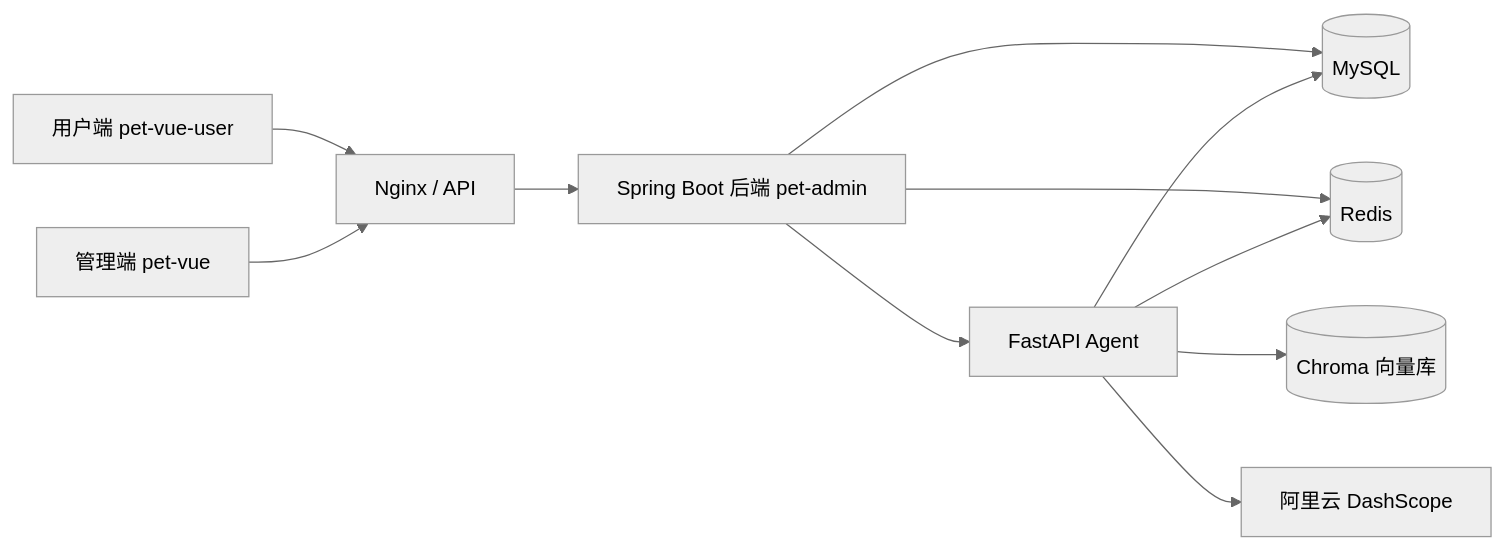
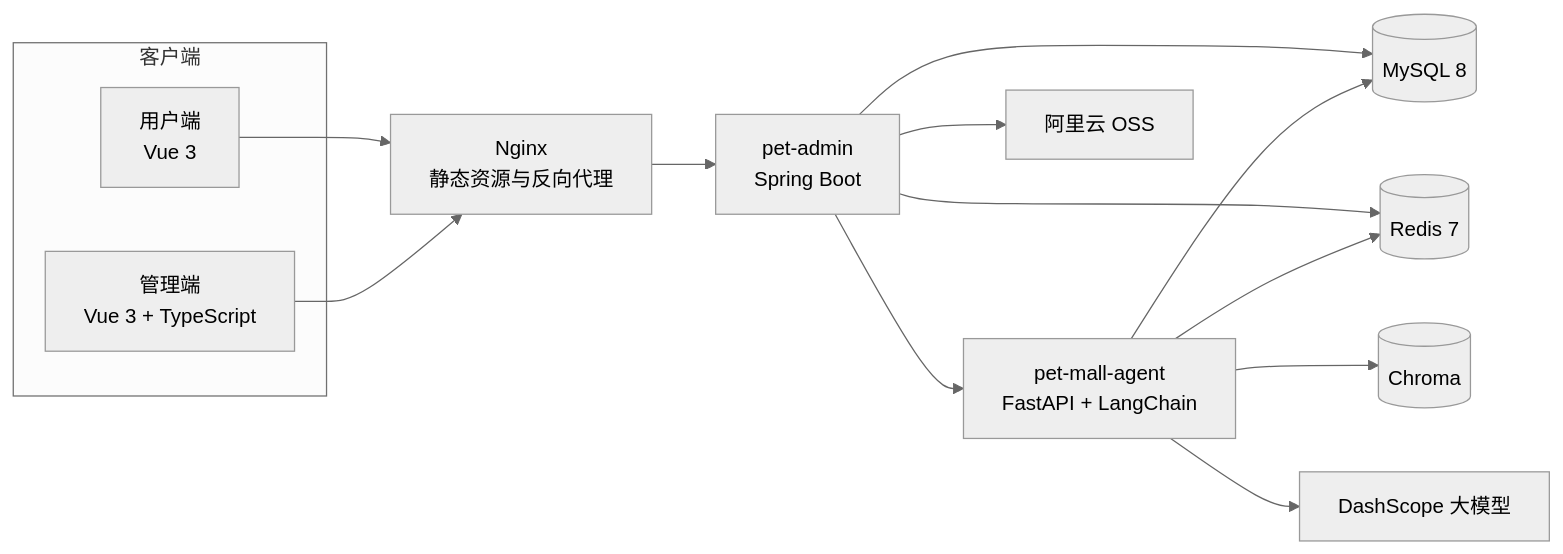
The first of 3 diagrams in README.md (zoupingan/pet-mall), drawn with Mermaid (neutral theme) before and after one commit. The commit also changed other lines of this file and 7 other files, not shown here.

Commit message:
docs: showcase PetMall architecture and features

````diff
--- a/README.md
+++ b/README.md
@@ -7,13 +96,28 @@
 ```mermaid
 flowchart LR
-    U["用户端 pet-vue-user"] --> N["Nginx / API"]
-    A["管理端 pet-vue"] --> N
-    N --> B["Spring Boot 后端 pet-admin"]
-    B --> M[("MySQL")]
-    B --> R[("Redis")]
-    B --> F["FastAPI Agent"]
-    F --> M
-    F --> R
-    F --> C[("Chroma 向量库")]
-    F --> D["阿里云 DashScope"]
+    subgraph Client["客户端"]
+        U["用户端<br/>Vue 3"]
+        A["管理端<br/>Vue 3 + TypeScript"]
+    end
+
+    N["Nginx<br/>静态资源与反向代理"]
+    B["pet-admin<br/>Spring Boot"]
+    G["pet-mall-agent<br/>FastAPI + LangChain"]
+    M[("MySQL 8")]
+    R[("Redis 7")]
+    C[("Chroma")]
+    D["DashScope 大模型"]
+    O["阿里云 OSS"]
+
+    U --> N
+    A --> N
+    N --> B
+    B --> M
+    B --> R
+    B --> O
+    B --> G
+    G --> M
+    G --> R
+    G --> C
+    G --> D
 ```
````
